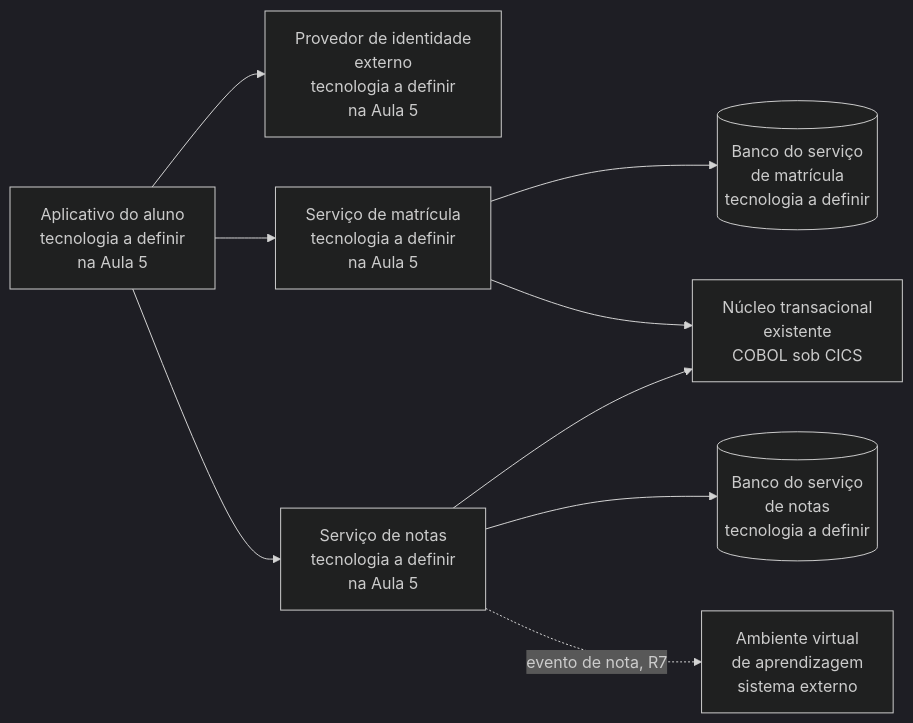
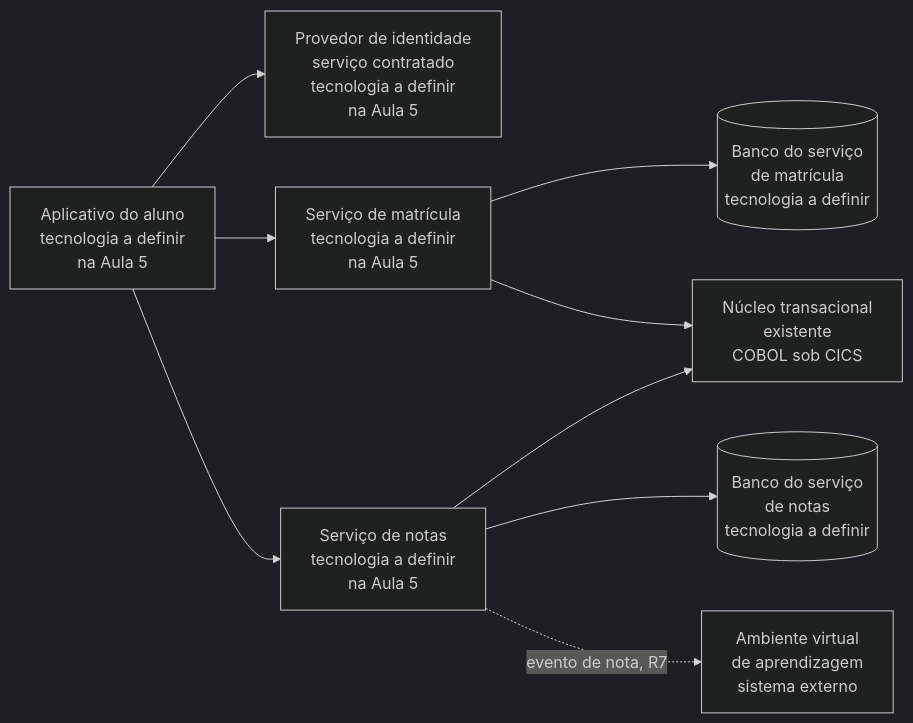
Before and after one commit to aulas-marco/projeto-arquitetura-software: the diagram in docs/modulo-5-frameworks-e-tecnologias/bloco-1-definicao-tecnologica-e-trm.md, drawn with Mermaid (dark theme). The commit also changed other lines of this file and 31 other files, not shown here.

First line of the commit message:
docs(caderno): fila do ADR 001 no exercício 16, provedor de identidade como serviço contratado, roteiro, pendências e códigos

````diff
--- a/docs/modulo-5-frameworks-e-tecnologias/bloco-1-definicao-tecnologica-e-trm.md
+++ b/docs/modulo-5-frameworks-e-tecnologias/bloco-1-definicao-tecnologica-e-trm.md
@@ -225,19 +228,19 @@
 ```mermaid
 graph LR
     APP["Aplicativo do aluno<br/>tecnologia a definir<br/>na Aula 5"]
-    IDP["Provedor de identidade<br/>externo<br/>tecnologia a definir<br/>na Aula 5"]
+    IDP["Provedor de identidade<br/>serviço contratado<br/>tecnologia a definir<br/>na Aula 5"]
     SM["Serviço de matrícula<br/>tecnologia a definir<br/>na Aula 5"]
     SN["Serviço de notas<br/>tecnologia a definir<br/>na Aula 5"]
     BM[("Banco do serviço<br/>de matrícula<br/>tecnologia a definir")]
     BN[("Banco do serviço<br/>de notas<br/>tecnologia a definir")]
     NUC["Núcleo transacional<br/>existente<br/>COBOL sob CICS"]
     AVA["Ambiente virtual<br/>de aprendizagem<br/>sistema externo"]
     APP --> IDP
     APP --> SM
     APP --> SN
     SM --> BM
     SM --> NUC
     SN --> BN
     SN --> NUC
     SN -.->|"evento de nota, R7"| AVA
 ```
````
